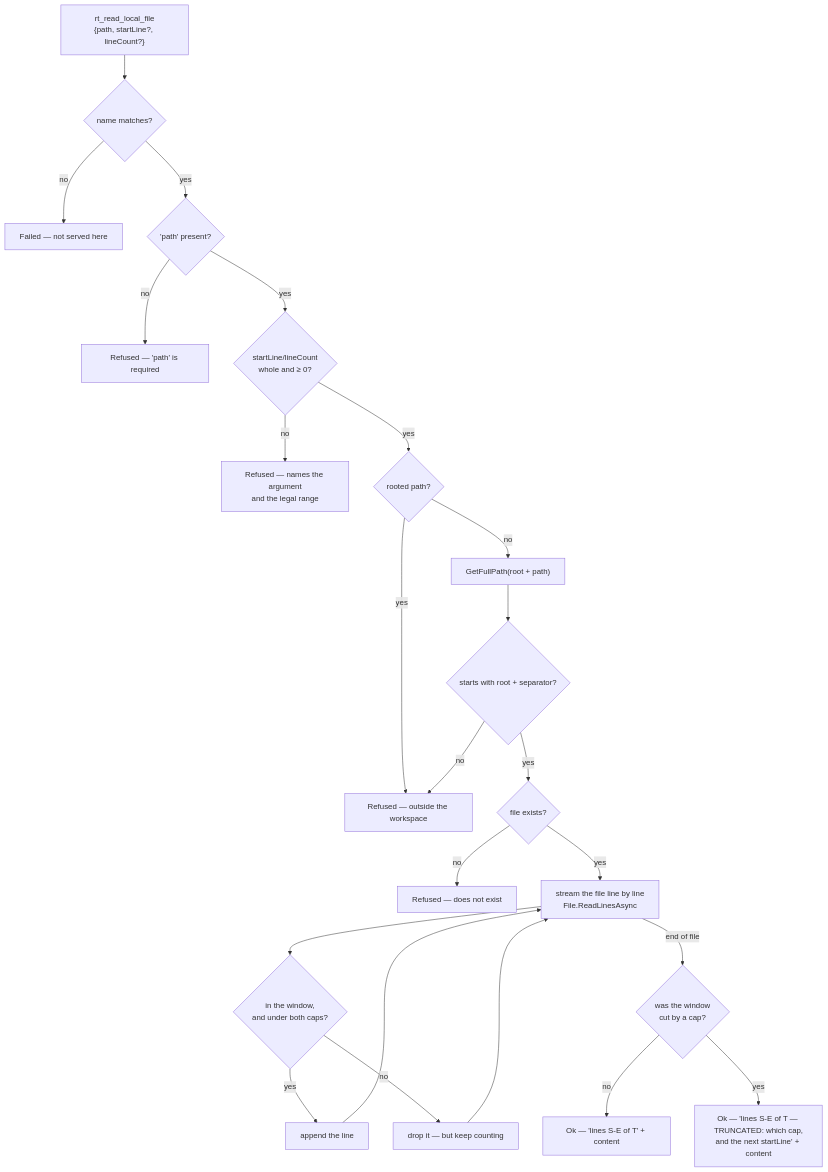
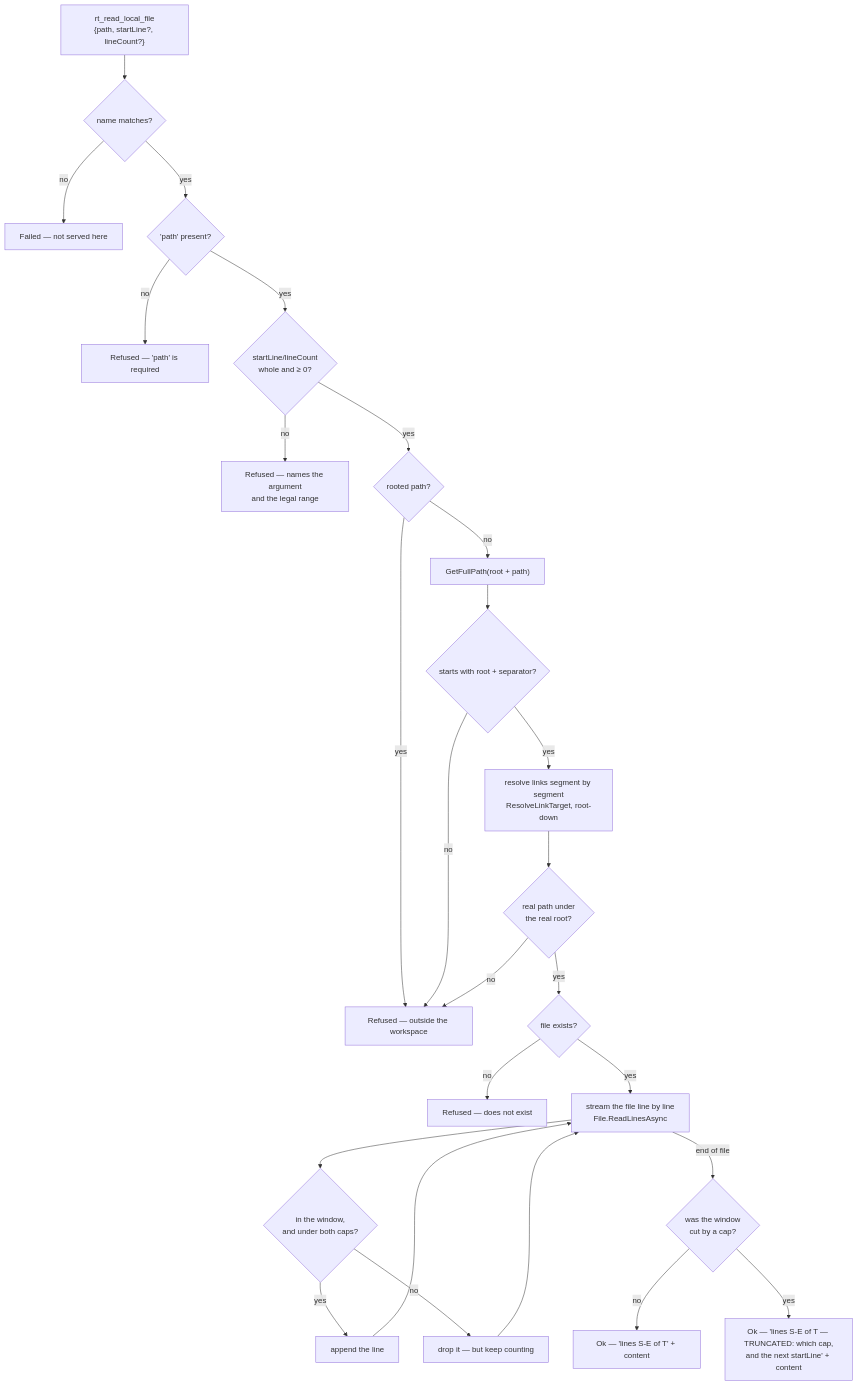
The diagram in research/module_workspace_tools.md (oleksandrdubyna88/dew_flow_mcp), drawn with Mermaid before and after one commit. The commit also changed other lines of this file and 8 other files, not shown here.

````diff
--- a/research/module_workspace_tools.md
+++ b/research/module_workspace_tools.md
@@ -17,25 +17,28 @@
 ```mermaid
 flowchart TD
     CALL["rt_read_local_file<br/>{path, startLine?, lineCount?}"] --> NAME{"name matches?"}
     NAME -->|no| WRONG["Failed — not served here"]
     NAME -->|yes| PATH{"'path' present?"}
     PATH -->|no| MISSING["Refused — 'path' is required"]
     PATH -->|yes| NUMBERS{"startLine/lineCount<br/>whole and ≥ 0?"}
     NUMBERS -->|no| RANGE["Refused — names the argument<br/>and the legal range"]
     NUMBERS -->|yes| ROOTED{"rooted path?"}
     ROOTED -->|yes| OUT["Refused — outside the workspace"]
     ROOTED -->|no| RESOLVE["GetFullPath(root + path)"]
     RESOLVE --> INSIDE{"starts with root + separator?"}
     INSIDE -->|no| OUT
-    INSIDE -->|yes| EXISTS{"file exists?"}
+    INSIDE -->|yes| REAL["resolve links segment by segment<br/>ResolveLinkTarget, root-down"]
+    REAL --> REALIN{"real path under<br/>the real root?"}
+    REALIN -->|no| OUT
+    REALIN -->|yes| EXISTS{"file exists?"}
     EXISTS -->|no| ABSENT["Refused — does not exist"]
     EXISTS -->|yes| STREAM["stream the file line by line<br/>File.ReadLinesAsync"]
     STREAM --> KEEP{"in the window,<br/>and under both caps?"}
     KEEP -->|yes| TAKE["append the line"]
     KEEP -->|no| COUNT["drop it — but keep counting"]
     TAKE --> STREAM
     COUNT --> STREAM
     STREAM -->|end of file| CLIP{"was the window<br/>cut by a cap?"}
     CLIP -->|no| OK["Ok — 'lines S-E of T' + content"]
     CLIP -->|yes| CUT["Ok — 'lines S-E of T — TRUNCATED: which cap,<br/>and the next startLine' + content"]
 ```
````
